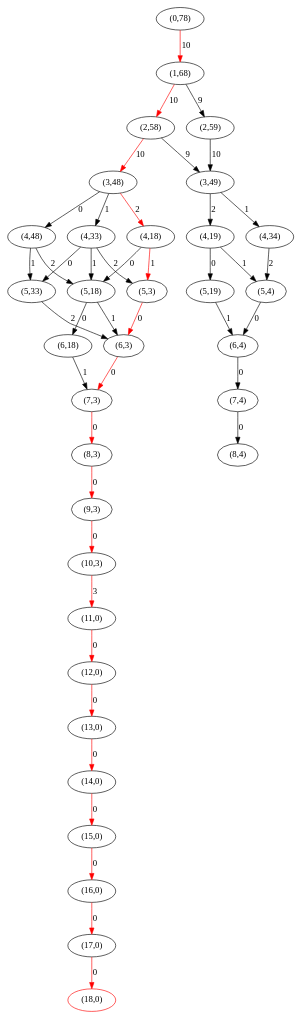
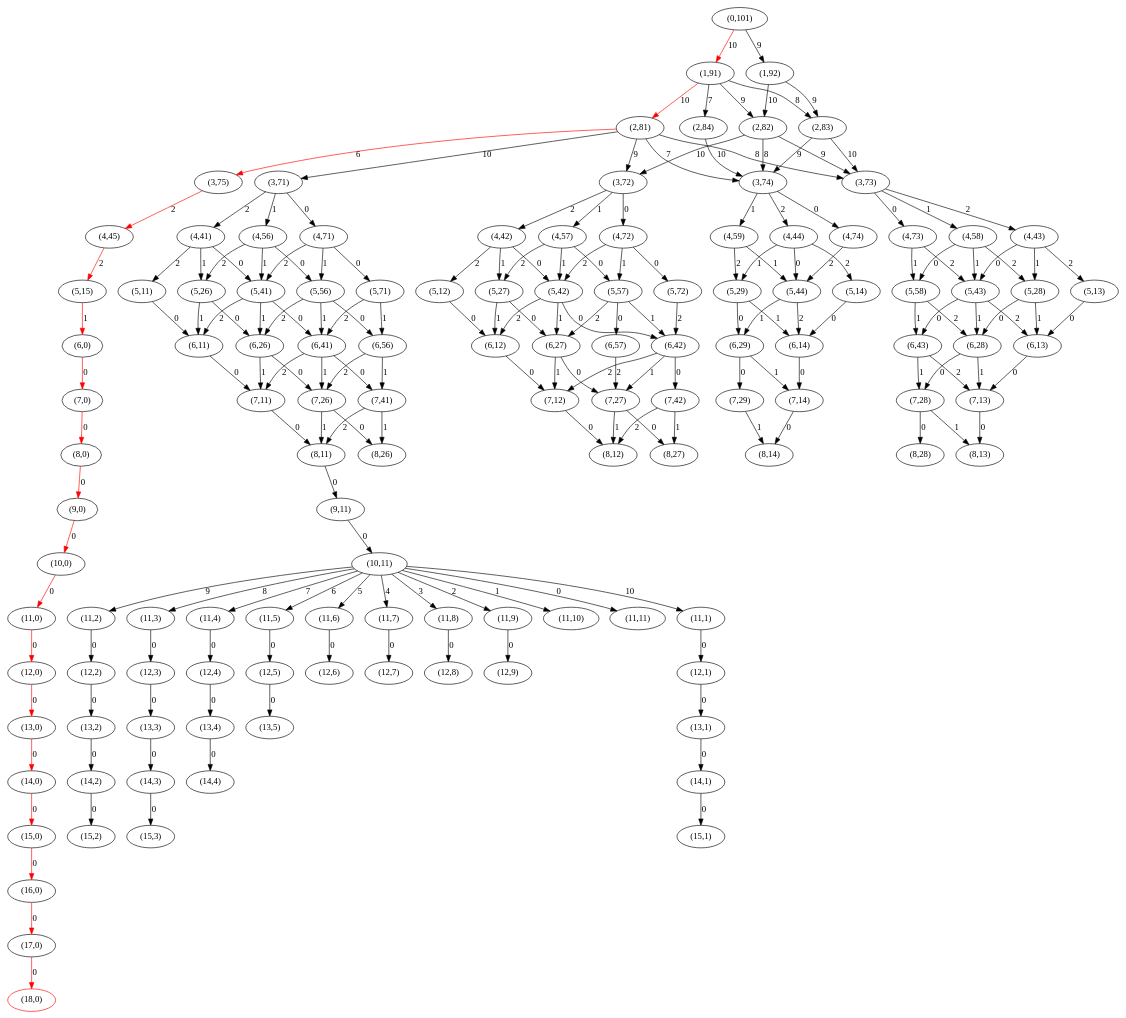
The diagram in java/EjemplosAlgoritmos/ficheros/MochilaBTGraph2.gv (migueltoro/ada_v2_18), drawn with Graphviz before and after one commit. The commit also changed 1 other file, not shown here.

```diff
--- a/java/EjemplosAlgoritmos/ficheros/MochilaBTGraph2.gv
+++ b/java/EjemplosAlgoritmos/ficheros/MochilaBTGraph2.gv
@@ -1,77 +1,306 @@
 strict digraph G {
-  1 [ label="(17,0)" ];
-  2 [ color="red" label="(18,0)" ];
-  3 [ label="(16,0)" ];
-  4 [ label="(15,0)" ];
-  5 [ label="(14,0)" ];
-  6 [ label="(13,0)" ];
-  7 [ label="(12,0)" ];
-  8 [ label="(11,0)" ];
-  9 [ label="(10,3)" ];
-  10 [ label="(9,3)" ];
-  11 [ label="(8,3)" ];
-  12 [ label="(7,3)" ];
-  13 [ label="(6,3)" ];
-  14 [ label="(5,3)" ];
-  15 [ label="(4,18)" ];
-  16 [ label="(5,18)" ];
-  17 [ label="(6,18)" ];
-  18 [ label="(3,48)" ];
-  19 [ label="(4,33)" ];
-  20 [ label="(5,33)" ];
-  21 [ label="(4,48)" ];
-  22 [ label="(2,58)" ];
-  23 [ label="(7,4)" ];
-  24 [ label="(8,4)" ];
-  25 [ label="(6,4)" ];
-  26 [ label="(5,4)" ];
-  27 [ label="(4,19)" ];
-  28 [ label="(5,19)" ];
-  29 [ label="(3,49)" ];
-  30 [ label="(4,34)" ];
-  31 [ label="(1,68)" ];
-  32 [ label="(2,59)" ];
-  33 [ label="(0,78)" ];
-  1 -> 2 [ color="red" label="0" ];
-  3 -> 1 [ color="red" label="0" ];
-  4 -> 3 [ color="red" label="0" ];
-  5 -> 4 [ color="red" label="0" ];
-  6 -> 5 [ color="red" label="0" ];
-  7 -> 6 [ color="red" label="0" ];
-  8 -> 7 [ color="red" label="0" ];
-  9 -> 8 [ color="red" label="3" ];
-  10 -> 9 [ color="red" label="0" ];
-  11 -> 10 [ color="red" label="0" ];
-  12 -> 11 [ color="red" label="0" ];
-  13 -> 12 [ color="red" label="0" ];
-  14 -> 13 [ color="red" label="0" ];
-  15 -> 14 [ color="red" label="1" ];
-  16 -> 13 [ label="1" ];
-  17 -> 12 [ label="1" ];
-  16 -> 17 [ label="0" ];
-  15 -> 16 [ label="0" ];
-  18 -> 15 [ color="red" label="2" ];
-  19 -> 14 [ label="2" ];
-  19 -> 16 [ label="1" ];
-  20 -> 13 [ label="2" ];
-  19 -> 20 [ label="0" ];
-  18 -> 19 [ label="1" ];
-  21 -> 16 [ label="2" ];
-  21 -> 20 [ label="1" ];
-  18 -> 21 [ label="0" ];
-  22 -> 18 [ color="red" label="10" ];
-  23 -> 24 [ label="0" ];
-  25 -> 23 [ label="0" ];
-  26 -> 25 [ label="0" ];
-  27 -> 26 [ label="1" ];
-  28 -> 25 [ label="1" ];
-  27 -> 28 [ label="0" ];
-  29 -> 27 [ label="2" ];
-  30 -> 26 [ label="2" ];
-  29 -> 30 [ label="1" ];
-  22 -> 29 [ label="9" ];
-  31 -> 22 [ color="red" label="10" ];
-  32 -> 29 [ label="10" ];
-  31 -> 32 [ label="9" ];
-  33 -> 31 [ color="red" label="10" ];
+  1 [ label="(14,1)" ];
+  2 [ label="(15,1)" ];
+  3 [ label="(13,1)" ];
+  4 [ label="(12,1)" ];
+  5 [ label="(11,1)" ];
+  6 [ label="(10,11)" ];
+  7 [ label="(14,2)" ];
+  8 [ label="(15,2)" ];
+  9 [ label="(13,2)" ];
+  10 [ label="(12,2)" ];
+  11 [ label="(11,2)" ];
+  12 [ label="(14,3)" ];
+  13 [ label="(15,3)" ];
+  14 [ label="(13,3)" ];
+  15 [ label="(12,3)" ];
+  16 [ label="(11,3)" ];
+  17 [ label="(13,4)" ];
+  18 [ label="(14,4)" ];
+  19 [ label="(12,4)" ];
+  20 [ label="(11,4)" ];
+  21 [ label="(12,5)" ];
+  22 [ label="(13,5)" ];
+  23 [ label="(11,5)" ];
+  24 [ label="(11,6)" ];
+  25 [ label="(12,6)" ];
+  26 [ label="(11,7)" ];
+  27 [ label="(12,7)" ];
+  28 [ label="(11,8)" ];
+  29 [ label="(12,8)" ];
+  30 [ label="(11,9)" ];
+  31 [ label="(12,9)" ];
+  32 [ label="(11,10)" ];
+  33 [ label="(11,11)" ];
+  34 [ label="(9,11)" ];
+  35 [ label="(8,11)" ];
+  36 [ label="(7,11)" ];
+  37 [ label="(6,11)" ];
+  38 [ label="(5,11)" ];
+  39 [ label="(4,41)" ];
+  40 [ label="(5,26)" ];
+  41 [ label="(6,26)" ];
+  42 [ label="(7,26)" ];
+  43 [ label="(8,26)" ];
+  44 [ label="(5,41)" ];
+  45 [ label="(6,41)" ];
+  46 [ label="(7,41)" ];
+  47 [ label="(3,71)" ];
+  48 [ label="(4,56)" ];
+  49 [ label="(5,56)" ];
+  50 [ label="(6,56)" ];
+  51 [ label="(4,71)" ];
+  52 [ label="(5,71)" ];
+  53 [ label="(2,81)" ];
+  54 [ label="(7,12)" ];
+  55 [ label="(8,12)" ];
+  56 [ label="(6,12)" ];
+  57 [ label="(5,12)" ];
+  58 [ label="(4,42)" ];
+  59 [ label="(5,27)" ];
+  60 [ label="(6,27)" ];
+  61 [ label="(7,27)" ];
+  62 [ label="(8,27)" ];
+  63 [ label="(5,42)" ];
+  64 [ label="(6,42)" ];
+  65 [ label="(7,42)" ];
+  66 [ label="(3,72)" ];
+  67 [ label="(4,57)" ];
+  68 [ label="(5,57)" ];
+  69 [ label="(6,57)" ];
+  70 [ label="(4,72)" ];
+  71 [ label="(5,72)" ];
+  72 [ label="(7,13)" ];
+  73 [ label="(8,13)" ];
+  74 [ label="(6,13)" ];
+  75 [ label="(5,13)" ];
+  76 [ label="(4,43)" ];
+  77 [ label="(5,28)" ];
+  78 [ label="(6,28)" ];
+  79 [ label="(7,28)" ];
+  80 [ label="(8,28)" ];
+  81 [ label="(5,43)" ];
+  82 [ label="(6,43)" ];
+  83 [ label="(3,73)" ];
+  84 [ label="(4,58)" ];
+  85 [ label="(5,58)" ];
+  86 [ label="(4,73)" ];
+  87 [ label="(7,14)" ];
+  88 [ label="(8,14)" ];
+  89 [ label="(6,14)" ];
+  90 [ label="(5,14)" ];
+  91 [ label="(4,44)" ];
+  92 [ label="(5,29)" ];
+  93 [ label="(6,29)" ];
+  94 [ label="(7,29)" ];
+  95 [ label="(5,44)" ];
+  96 [ label="(3,74)" ];
+  97 [ label="(4,59)" ];
+  98 [ label="(4,74)" ];
+  99 [ label="(17,0)" ];
+  100 [ color="red" label="(18,0)" ];
+  101 [ label="(16,0)" ];
+  102 [ label="(15,0)" ];
+  103 [ label="(14,0)" ];
+  104 [ label="(13,0)" ];
+  105 [ label="(12,0)" ];
+  106 [ label="(11,0)" ];
+  107 [ label="(10,0)" ];
+  108 [ label="(9,0)" ];
+  109 [ label="(8,0)" ];
+  110 [ label="(7,0)" ];
+  111 [ label="(6,0)" ];
+  112 [ label="(5,15)" ];
+  113 [ label="(4,45)" ];
+  114 [ label="(3,75)" ];
+  115 [ label="(1,91)" ];
+  116 [ label="(2,82)" ];
+  117 [ label="(2,83)" ];
+  118 [ label="(2,84)" ];
+  119 [ label="(0,101)" ];
+  120 [ label="(1,92)" ];
+  1 -> 2 [ label="0" ];
+  3 -> 1 [ label="0" ];
+  4 -> 3 [ label="0" ];
+  5 -> 4 [ label="0" ];
+  6 -> 5 [ label="10" ];
+  7 -> 8 [ label="0" ];
+  9 -> 7 [ label="0" ];
+  10 -> 9 [ label="0" ];
+  11 -> 10 [ label="0" ];
+  6 -> 11 [ label="9" ];
+  12 -> 13 [ label="0" ];
+  14 -> 12 [ label="0" ];
+  15 -> 14 [ label="0" ];
+  16 -> 15 [ label="0" ];
+  6 -> 16 [ label="8" ];
+  17 -> 18 [ label="0" ];
+  19 -> 17 [ label="0" ];
+  20 -> 19 [ label="0" ];
+  6 -> 20 [ label="7" ];
+  21 -> 22 [ label="0" ];
+  23 -> 21 [ label="0" ];
+  6 -> 23 [ label="6" ];
+  24 -> 25 [ label="0" ];
+  6 -> 24 [ label="5" ];
+  26 -> 27 [ label="0" ];
+  6 -> 26 [ label="4" ];
+  28 -> 29 [ label="0" ];
+  6 -> 28 [ label="3" ];
+  30 -> 31 [ label="0" ];
+  6 -> 30 [ label="2" ];
+  6 -> 32 [ label="1" ];
+  6 -> 33 [ label="0" ];
+  34 -> 6 [ label="0" ];
+  35 -> 34 [ label="0" ];
+  36 -> 35 [ label="0" ];
+  37 -> 36 [ label="0" ];
+  38 -> 37 [ label="0" ];
+  39 -> 38 [ label="2" ];
+  40 -> 37 [ label="1" ];
+  41 -> 36 [ label="1" ];
+  42 -> 35 [ label="1" ];
+  42 -> 43 [ label="0" ];
+  41 -> 42 [ label="0" ];
+  40 -> 41 [ label="0" ];
+  39 -> 40 [ label="1" ];
+  44 -> 37 [ label="2" ];
+  44 -> 41 [ label="1" ];
+  45 -> 36 [ label="2" ];
+  45 -> 42 [ label="1" ];
+  46 -> 35 [ label="2" ];
+  46 -> 43 [ label="1" ];
+  45 -> 46 [ label="0" ];
+  44 -> 45 [ label="0" ];
+  39 -> 44 [ label="0" ];
+  47 -> 39 [ label="2" ];
+  48 -> 40 [ label="2" ];
+  48 -> 44 [ label="1" ];
+  49 -> 41 [ label="2" ];
+  49 -> 45 [ label="1" ];
+  50 -> 42 [ label="2" ];
+  50 -> 46 [ label="1" ];
+  49 -> 50 [ label="0" ];
+  48 -> 49 [ label="0" ];
+  47 -> 48 [ label="1" ];
+  51 -> 44 [ label="2" ];
+  51 -> 49 [ label="1" ];
+  52 -> 45 [ label="2" ];
+  52 -> 50 [ label="1" ];
+  51 -> 52 [ label="0" ];
+  47 -> 51 [ label="0" ];
+  53 -> 47 [ label="10" ];
+  54 -> 55 [ label="0" ];
+  56 -> 54 [ label="0" ];
+  57 -> 56 [ label="0" ];
+  58 -> 57 [ label="2" ];
+  59 -> 56 [ label="1" ];
+  60 -> 54 [ label="1" ];
+  61 -> 55 [ label="1" ];
+  61 -> 62 [ label="0" ];
+  60 -> 61 [ label="0" ];
+  59 -> 60 [ label="0" ];
+  58 -> 59 [ label="1" ];
+  63 -> 56 [ label="2" ];
+  63 -> 60 [ label="1" ];
+  64 -> 54 [ label="2" ];
+  64 -> 61 [ label="1" ];
+  65 -> 55 [ label="2" ];
+  65 -> 62 [ label="1" ];
+  64 -> 65 [ label="0" ];
+  63 -> 64 [ label="0" ];
+  58 -> 63 [ label="0" ];
+  66 -> 58 [ label="2" ];
+  67 -> 59 [ label="2" ];
+  67 -> 63 [ label="1" ];
+  68 -> 60 [ label="2" ];
+  68 -> 64 [ label="1" ];
+  69 -> 61 [ label="2" ];
+  68 -> 69 [ label="0" ];
+  67 -> 68 [ label="0" ];
+  66 -> 67 [ label="1" ];
+  70 -> 63 [ label="2" ];
+  70 -> 68 [ label="1" ];
+  71 -> 64 [ label="2" ];
+  70 -> 71 [ label="0" ];
+  66 -> 70 [ label="0" ];
+  53 -> 66 [ label="9" ];
+  72 -> 73 [ label="0" ];
+  74 -> 72 [ label="0" ];
+  75 -> 74 [ label="0" ];
+  76 -> 75 [ label="2" ];
+  77 -> 74 [ label="1" ];
+  78 -> 72 [ label="1" ];
+  79 -> 73 [ label="1" ];
+  79 -> 80 [ label="0" ];
+  78 -> 79 [ label="0" ];
+  77 -> 78 [ label="0" ];
+  76 -> 77 [ label="1" ];
+  81 -> 74 [ label="2" ];
+  81 -> 78 [ label="1" ];
+  82 -> 72 [ label="2" ];
+  82 -> 79 [ label="1" ];
+  81 -> 82 [ label="0" ];
+  76 -> 81 [ label="0" ];
+  83 -> 76 [ label="2" ];
+  84 -> 77 [ label="2" ];
+  84 -> 81 [ label="1" ];
+  85 -> 78 [ label="2" ];
+  85 -> 82 [ label="1" ];
+  84 -> 85 [ label="0" ];
+  83 -> 84 [ label="1" ];
+  86 -> 81 [ label="2" ];
+  86 -> 85 [ label="1" ];
+  83 -> 86 [ label="0" ];
+  53 -> 83 [ label="8" ];
+  87 -> 88 [ label="0" ];
+  89 -> 87 [ label="0" ];
+  90 -> 89 [ label="0" ];
+  91 -> 90 [ label="2" ];
+  92 -> 89 [ label="1" ];
+  93 -> 87 [ label="1" ];
+  94 -> 88 [ label="1" ];
+  93 -> 94 [ label="0" ];
+  92 -> 93 [ label="0" ];
+  91 -> 92 [ label="1" ];
+  95 -> 89 [ label="2" ];
+  95 -> 93 [ label="1" ];
+  91 -> 95 [ label="0" ];
+  96 -> 91 [ label="2" ];
+  97 -> 92 [ label="2" ];
+  97 -> 95 [ label="1" ];
+  96 -> 97 [ label="1" ];
+  98 -> 95 [ label="2" ];
+  96 -> 98 [ label="0" ];
+  53 -> 96 [ label="7" ];
+  99 -> 100 [ color="red" label="0" ];
+  101 -> 99 [ color="red" label="0" ];
+  102 -> 101 [ color="red" label="0" ];
+  103 -> 102 [ color="red" label="0" ];
+  104 -> 103 [ color="red" label="0" ];
+  105 -> 104 [ color="red" label="0" ];
+  106 -> 105 [ color="red" label="0" ];
+  107 -> 106 [ color="red" label="0" ];
+  108 -> 107 [ color="red" label="0" ];
+  109 -> 108 [ color="red" label="0" ];
+  110 -> 109 [ color="red" label="0" ];
+  111 -> 110 [ color="red" label="0" ];
+  112 -> 111 [ color="red" label="1" ];
+  113 -> 112 [ color="red" label="2" ];
+  114 -> 113 [ color="red" label="2" ];
+  53 -> 114 [ color="red" label="6" ];
+  115 -> 53 [ color="red" label="10" ];
+  116 -> 66 [ label="10" ];
+  116 -> 83 [ label="9" ];
+  116 -> 96 [ label="8" ];
+  115 -> 116 [ label="9" ];
+  117 -> 83 [ label="10" ];
+  117 -> 96 [ label="9" ];
+  115 -> 117 [ label="8" ];
+  118 -> 96 [ label="10" ];
+  115 -> 118 [ label="7" ];
+  119 -> 115 [ color="red" label="10" ];
+  120 -> 116 [ label="10" ];
+  120 -> 117 [ label="9" ];
+  119 -> 120 [ label="9" ];
 }
```
